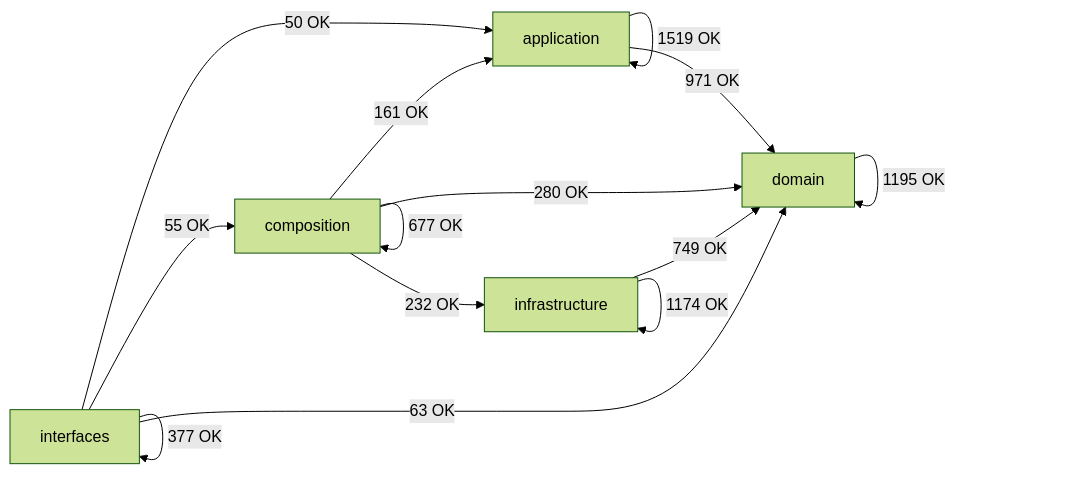
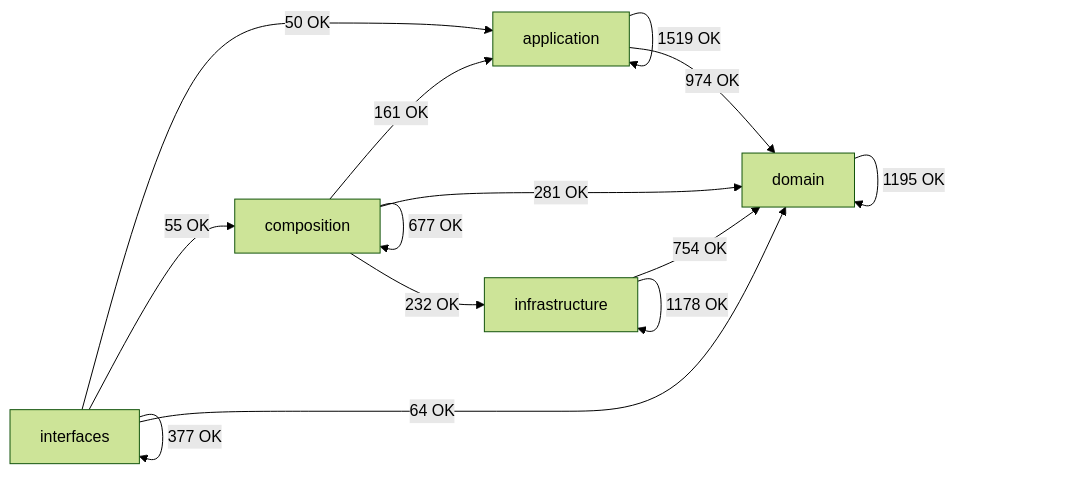
One commit to SatoryKono/BioactivityDataAcquisition changed the diagram in docs/02-architecture/generated/module-dependency-map.md. Above: the diagram before and after it, drawn with Mermaid (forest theme). The commit also changed other lines of this file and 13 other files, not shown here.

````diff
--- a/docs/02-architecture/generated/module-dependency-map.md
+++ b/docs/02-architecture/generated/module-dependency-map.md
@@ -17,21 +17,21 @@
 ```mermaid
 flowchart LR
     domain[domain]
     application[application]
     infrastructure[infrastructure]
     composition[composition]
     interfaces[interfaces]
     application -->|1519 OK| application
-    application -->|971 OK| domain
+    application -->|974 OK| domain
     composition -->|161 OK| application
     composition -->|677 OK| composition
-    composition -->|280 OK| domain
+    composition -->|281 OK| domain
     composition -->|232 OK| infrastructure
     domain -->|1195 OK| domain
-    infrastructure -->|749 OK| domain
-    infrastructure -->|1174 OK| infrastructure
+    infrastructure -->|754 OK| domain
+    infrastructure -->|1178 OK| infrastructure
     interfaces -->|50 OK| application
     interfaces -->|55 OK| composition
-    interfaces -->|63 OK| domain
+    interfaces -->|64 OK| domain
     interfaces -->|377 OK| interfaces
 ```
````
